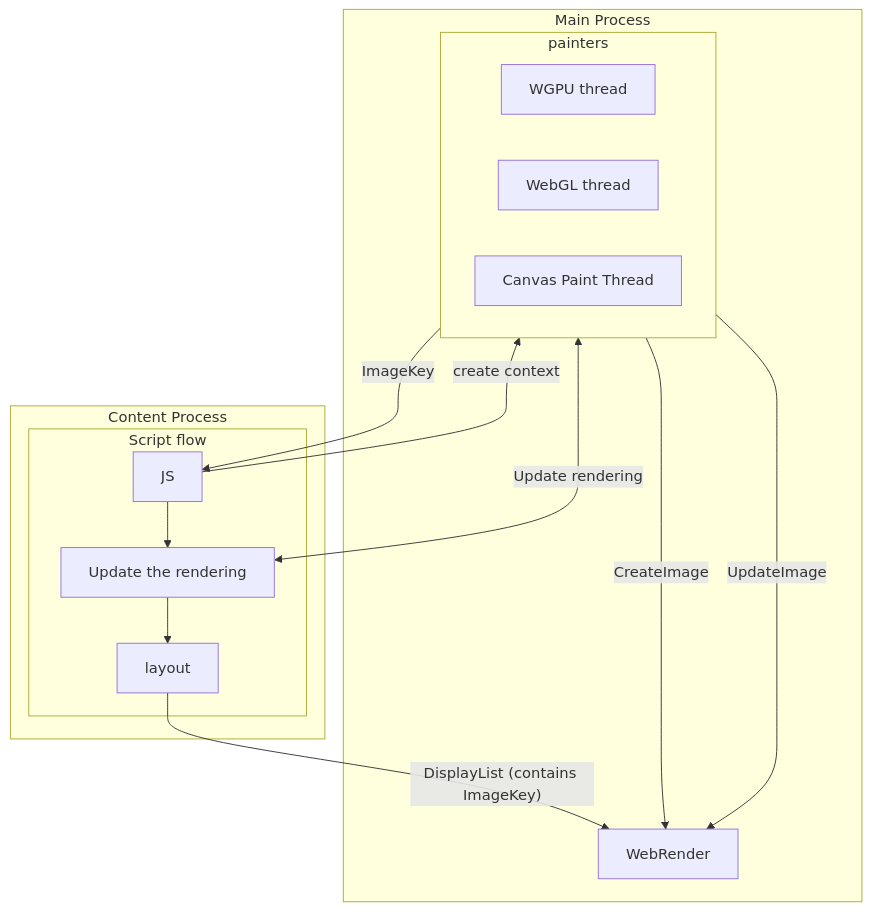
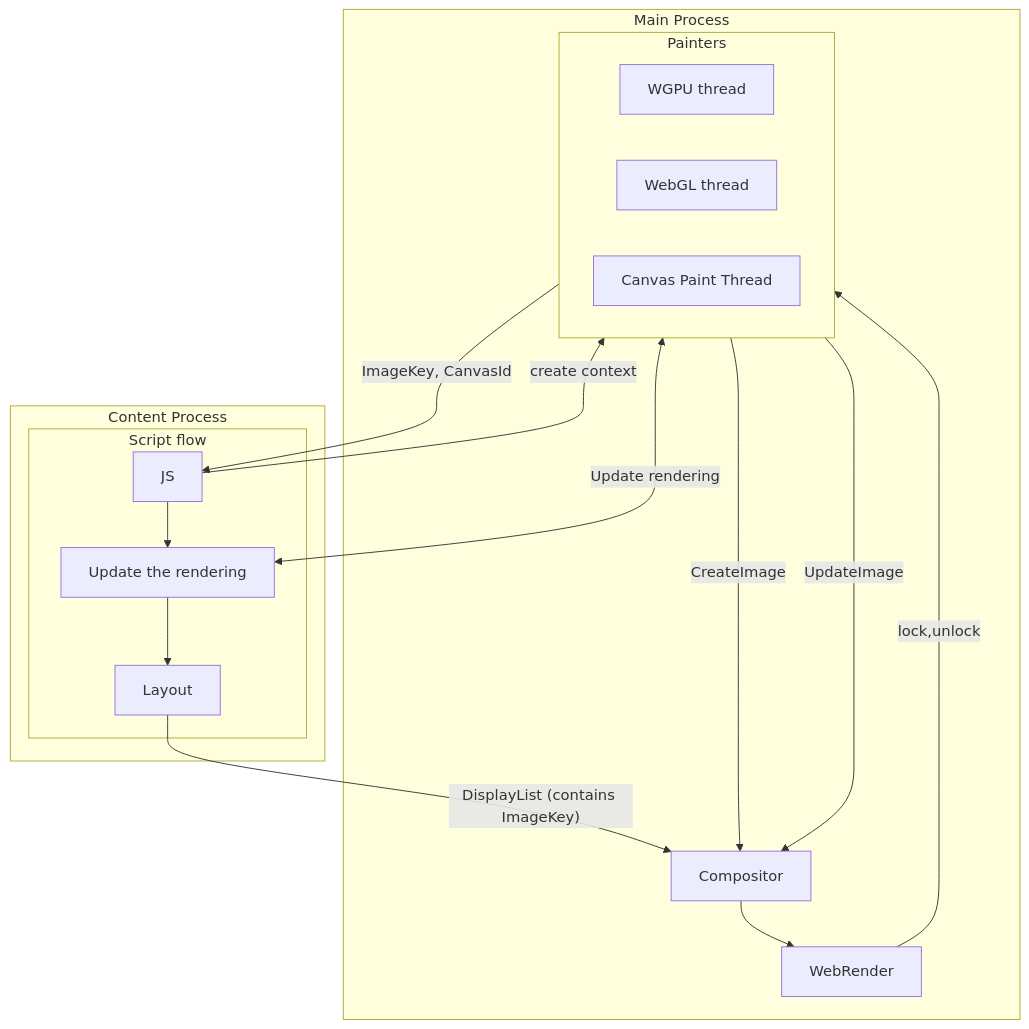
Before and after one commit to servo/book: the first of 7 diagrams in src/architecture/canvas.md, drawn with Mermaid. The commit also changed other lines of this file, not shown here.

Commit message:
compositor

````diff
--- a/src/architecture/canvas.md
+++ b/src/architecture/canvas.md
@@ -20,31 +20,33 @@
 ```mermaid
 flowchart TB
     subgraph Content Process
         subgraph Script flow
-            JS-->utr[Update the rendering]-->layout
+            JS-->utr[Update the rendering]-->Layout
         end
     end
 
     subgraph Main Process
-        subgraph painters
+        subgraph Painters
             WGPU[WGPU thread]
             WEBGL[WebGL thread]
             CPT[Canvas Paint Thread]
         end
 
         %% actual update in painters
-        painters--CreateImage-->WR
-        painters--UpdateImage-->WR
+        Painters--CreateImage-->Compositor
+        Painters--UpdateImage-->Compositor
 
-        WR[WebRender]
+        Compositor-->WR
+
+        WR[WebRender]--lock,unlock-->Painters
     end
 
     %% init canvas
-    JS--create context-->painters--ImageKey-->JS
+    JS--create context-->Painters--ImageKey, CanvasId-->JS
 
     %% update canvas rendering
-    utr<--Update rendering-->painters
+    utr<--Update rendering-->Painters
 
     %% rendering
-    layout--DisplayList (contains ImageKey)-->WR
+    Layout--DisplayList (contains ImageKey)-->Compositor
 ```
````
